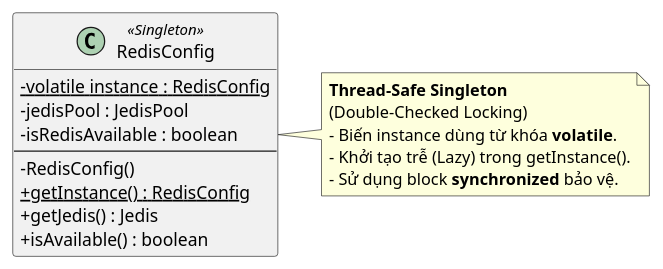
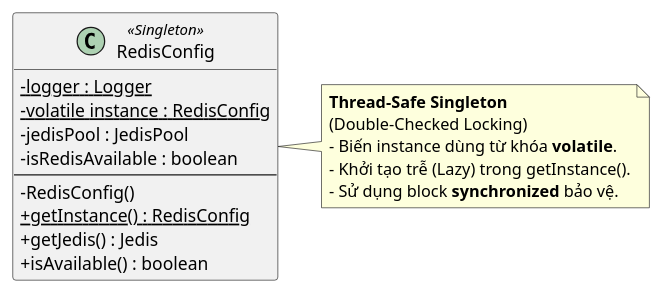
One commit to trihieuvo/justFUML changed the diagram in src/Khanh_Pattern_Puml/singleton_threadsafe_redis.puml. Above: the diagram before and after it, drawn with PlantUML. The commit also changed 8 other files, not shown here.

First line of the commit message:
Update UML diagrams and add design patterns report

```diff
--- a/src/Khanh_Pattern_Puml/singleton_threadsafe_redis.puml
+++ b/src/Khanh_Pattern_Puml/singleton_threadsafe_redis.puml
@@ -1,23 +1,24 @@
 @startuml
 skinparam ClassAttributeIconSize 0
 
 class RedisConfig <<Singleton>> {
+    - {static} logger : Logger
     - {static} volatile instance : RedisConfig
     - jedisPool : JedisPool
     - isRedisAvailable : boolean
     --
     - RedisConfig()
     + {static} getInstance() : RedisConfig
     + getJedis() : Jedis
     + isAvailable() : boolean
 }
 
 note right of RedisConfig
   **Thread-Safe Singleton**
   (Double-Checked Locking)
   - Biến instance dùng từ khóa **volatile**.
   - Khởi tạo trễ (Lazy) trong getInstance().
   - Sử dụng block **synchronized** bảo vệ.
 end note
 
 @enduml
```
